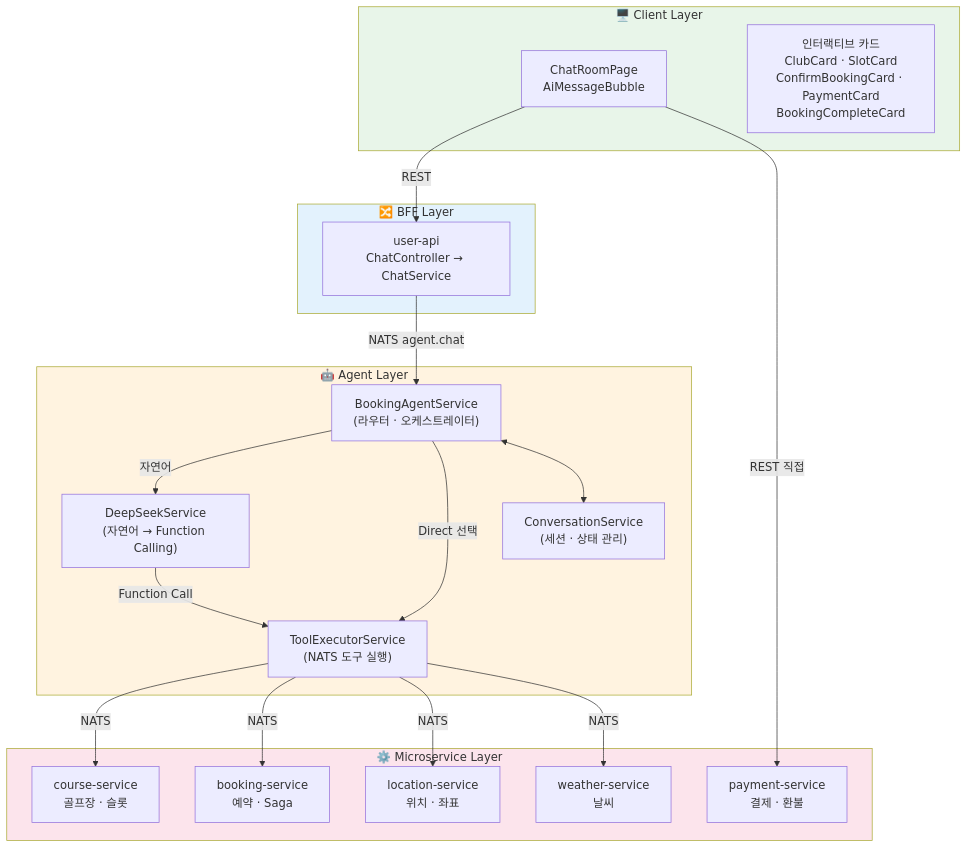
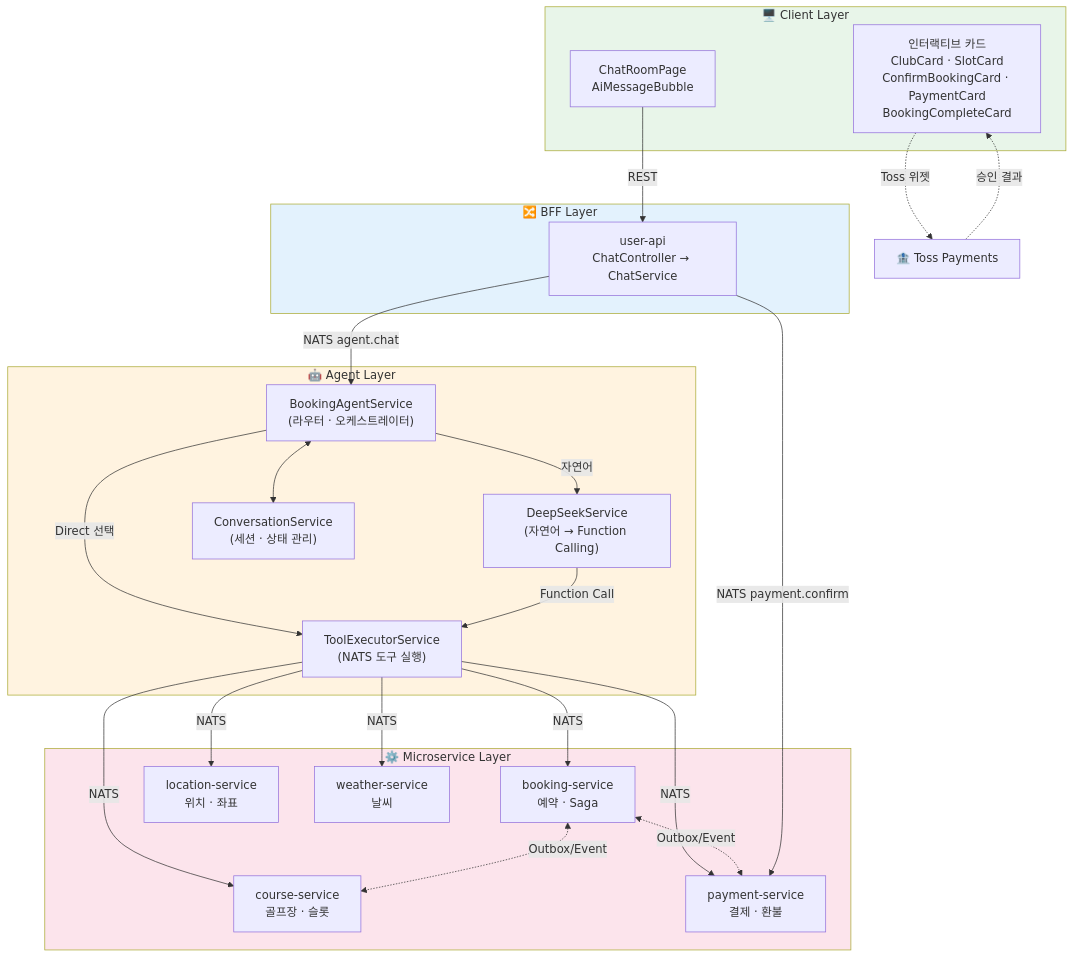
The eighth of 15 diagrams in docs/AGENT_BOOKING_WORKFLOW.md (uniyous/parkgolf-platform), drawn with Mermaid before and after one commit. The commit also changed other lines of this file, not shown here.

First line of the commit message:
docs(agent): 컴포넌트 다이어그램 수정 — ToolExecutor→payment-service 연결, 원샷 처리 반영

````diff
--- a/docs/AGENT_BOOKING_WORKFLOW.md
+++ b/docs/AGENT_BOOKING_WORKFLOW.md
@@ -2150,43 +2167,48 @@
 ```mermaid
 graph TB
     subgraph Client["🖥️ Client Layer"]
         UI["ChatRoomPage<br/>AiMessageBubble"]
         Cards["인터랙티브 카드<br/>ClubCard · SlotCard<br/>ConfirmBookingCard · PaymentCard<br/>BookingCompleteCard"]
     end
 
     subgraph BFF["🔀 BFF Layer"]
         API["user-api<br/>ChatController → ChatService"]
     end
 
     subgraph Agent["🤖 Agent Layer"]
         Router["BookingAgentService<br/>(라우터 · 오케스트레이터)"]
         LLM["DeepSeekService<br/>(자연어 → Function Calling)"]
         Executor["ToolExecutorService<br/>(NATS 도구 실행)"]
         Session["ConversationService<br/>(세션 · 상태 관리)"]
     end
 
     subgraph Services["⚙️ Microservice Layer"]
         Course["course-service<br/>골프장 · 슬롯"]
         Booking["booking-service<br/>예약 · Saga"]
         Payment["payment-service<br/>결제 · 환불"]
         Location["location-service<br/>위치 · 좌표"]
         Weather["weather-service<br/>날씨"]
     end
 
     UI -->|REST| API
     API -->|NATS agent.chat| Router
     Router -->|자연어| LLM
     Router -->|Direct 선택| Executor
     LLM -->|Function Call| Executor
     Router <--> Session
     Executor -->|NATS| Course
     Executor -->|NATS| Booking
+    Executor -->|NATS| Payment
     Executor -->|NATS| Location
     Executor -->|NATS| Weather
-    UI -->|REST 직접| Payment
+    Booking <-.->|Outbox/Event| Payment
+    Booking <-.->|Outbox/Event| Course
+    API -->|NATS payment.confirm| Payment
+    Cards -.->|Toss 위젯| TOSS["🏦 Toss Payments"]
+    TOSS -.->|승인 결과| Cards
 
     style Client fill:#e8f5e9
     style BFF fill:#e3f2fd
     style Agent fill:#fff3e0
     style Services fill:#fce4ec
 ```
````
